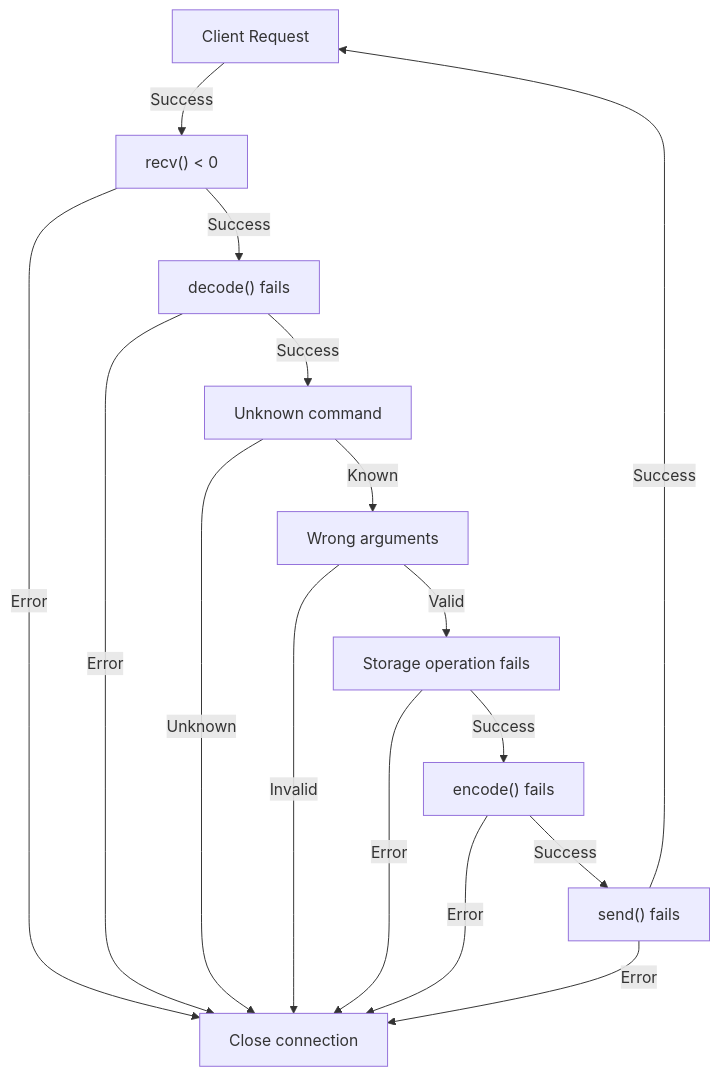
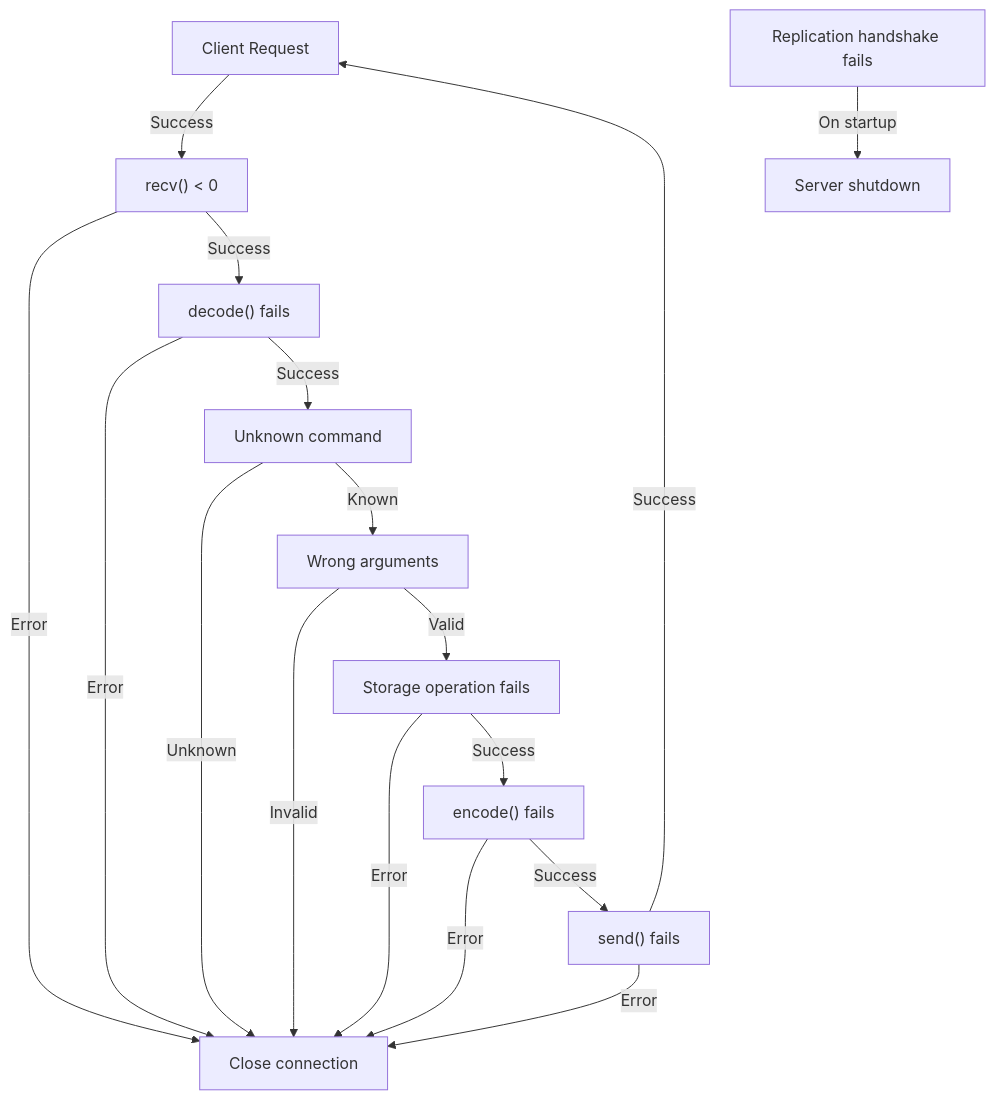
The ninth of 11 diagrams in src/CURRENT_ARCHITECTURE.md (jsparrow08/redis-cpp), drawn with Mermaid before and after one commit. The commit also changed other lines of this file and 11 other files, not shown here.

````diff
--- a/src/CURRENT_ARCHITECTURE.md
+++ b/src/CURRENT_ARCHITECTURE.md
@@ -248,28 +265,32 @@
 ```mermaid
 graph TD
     START["Client Request"]
     RECV_ERROR["recv() < 0"]
     PARSE_ERROR["decode() fails"]
     INVALID_CMD["Unknown command"]
     ARGS_ERROR["Wrong arguments"]
     STORE_ERROR["Storage operation fails"]
     ENCODE_ERROR["encode() fails"]
     SEND_ERROR["send() fails"]
+    REPL_ERROR["Replication handshake fails"]
     CLOSE_CLIENT["Close connection"]
+    SHUTDOWN["Server shutdown"]
 
     START -->|Success| RECV_ERROR
     RECV_ERROR -->|Error| CLOSE_CLIENT
     RECV_ERROR -->|Success| PARSE_ERROR
     PARSE_ERROR -->|Error| CLOSE_CLIENT
     PARSE_ERROR -->|Success| INVALID_CMD
     INVALID_CMD -->|Unknown| CLOSE_CLIENT
     INVALID_CMD -->|Known| ARGS_ERROR
     ARGS_ERROR -->|Invalid| CLOSE_CLIENT
     ARGS_ERROR -->|Valid| STORE_ERROR
     STORE_ERROR -->|Error| CLOSE_CLIENT
     STORE_ERROR -->|Success| ENCODE_ERROR
     ENCODE_ERROR -->|Error| CLOSE_CLIENT
     ENCODE_ERROR -->|Success| SEND_ERROR
     SEND_ERROR -->|Error| CLOSE_CLIENT
     SEND_ERROR -->|Success| START
+
+    REPL_ERROR -->|On startup| SHUTDOWN
 ```
````
